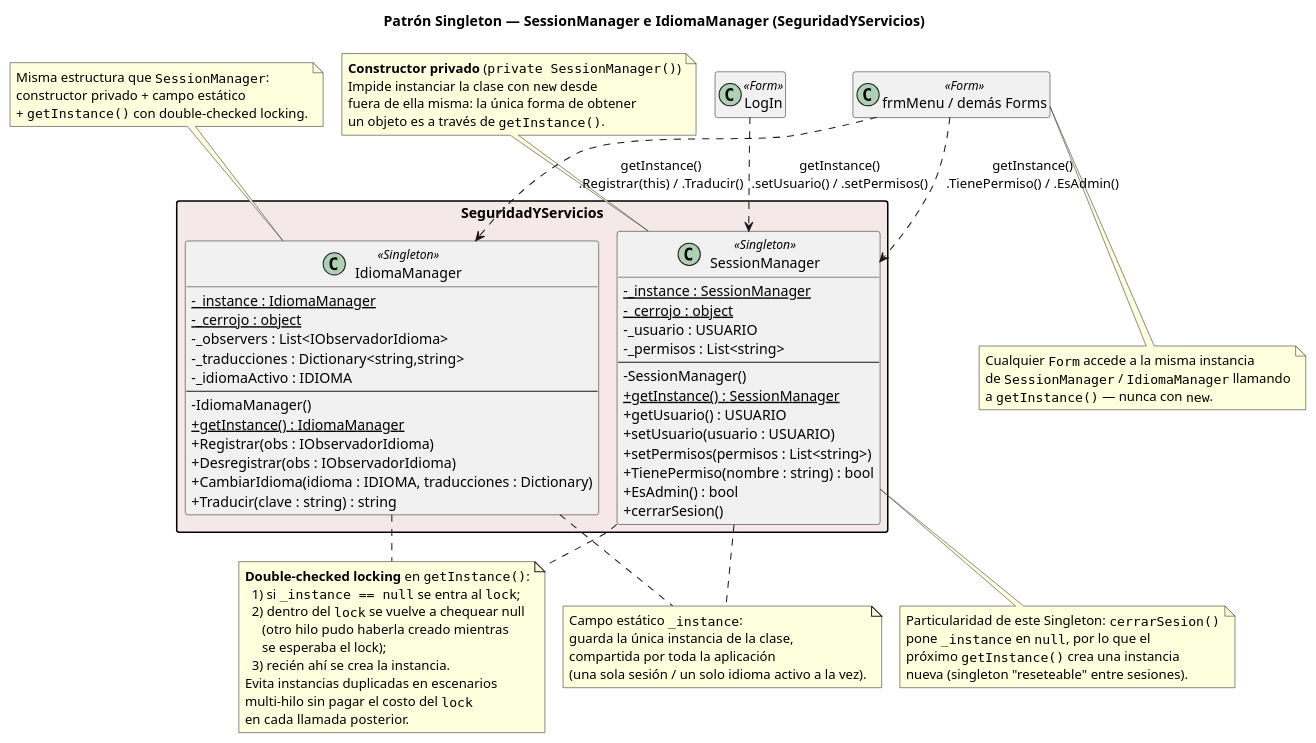
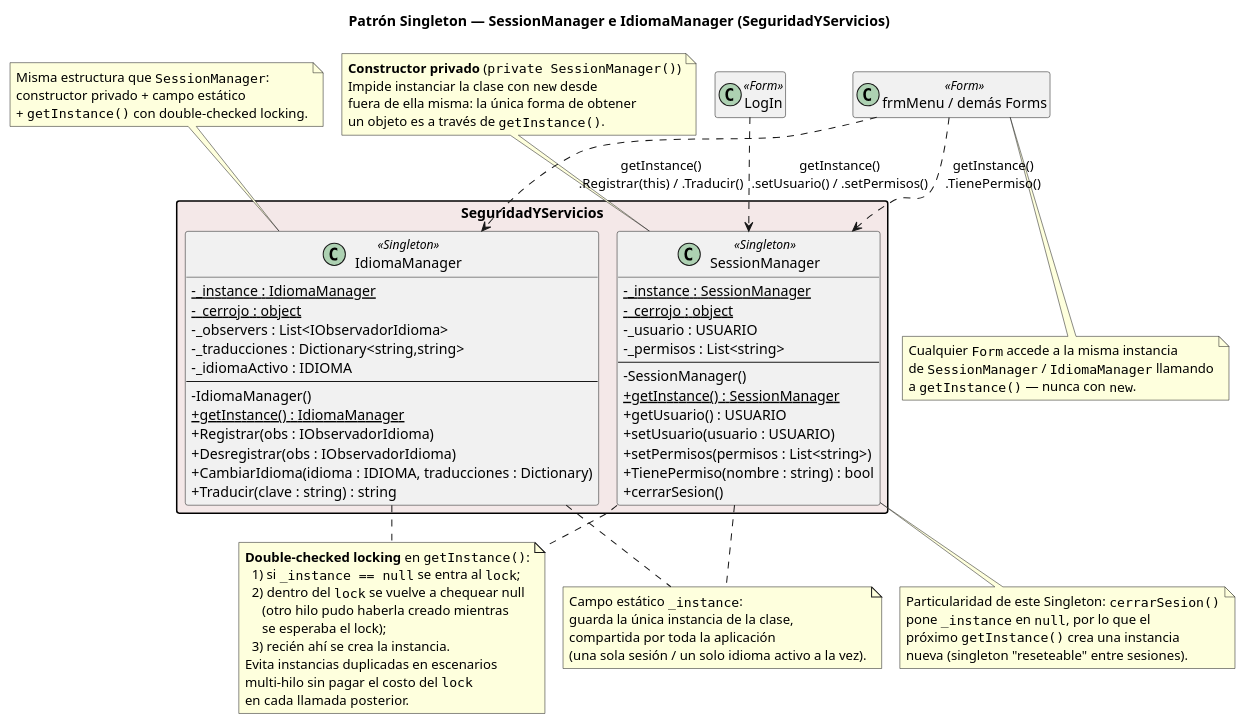
Before and after one commit to Urrels/ingenieria_software: the diagram in DIAGRAMAS/DiagramaClases_Singleton.puml, drawn with PlantUML. The commit also changed 57 other files, not shown here.

```diff
--- a/DIAGRAMAS/DiagramaClases_Singleton.puml
+++ b/DIAGRAMAS/DiagramaClases_Singleton.puml
@@ -1,108 +1,107 @@
 @startuml DiagramaClases_Singleton
 
 !pragma layout smetana
 skinparam classAttributeIconSize 0
 skinparam packageStyle rectangle
 hide empty members
 
 title Patrón Singleton — SessionManager e IdiomaManager (SeguridadYServicios)
 
 package "SeguridadYServicios" #F4E8E8 {
 
   class SessionManager <<Singleton>> {
     - {static} _instance : SessionManager
     - {static} _cerrojo : object
     - _usuario : USUARIO
     - _permisos : List<string>
     --
     - SessionManager()
     + {static} getInstance() : SessionManager
     + getUsuario() : USUARIO
     + setUsuario(usuario : USUARIO)
     + setPermisos(permisos : List<string>)
     + TienePermiso(nombre : string) : bool
-    + EsAdmin() : bool
     + cerrarSesion()
   }
 
   class IdiomaManager <<Singleton>> {
     - {static} _instance : IdiomaManager
     - {static} _cerrojo : object
     - _observers : List<IObservadorIdioma>
     - _traducciones : Dictionary<string,string>
     - _idiomaActivo : IDIOMA
     --
     - IdiomaManager()
     + {static} getInstance() : IdiomaManager
     + Registrar(obs : IObservadorIdioma)
     + Desregistrar(obs : IObservadorIdioma)
     + CambiarIdioma(idioma : IDIOMA, traducciones : Dictionary)
     + Traducir(clave : string) : string
   }
 }
 
 ' ─────────────────────────────────────────
 ' Comentarios sobre la implementación del patrón
 ' ─────────────────────────────────────────
 
 note top of SessionManager
   **Constructor privado** (""private SessionManager()"")
   Impide instanciar la clase con ""new"" desde
   fuera de ella misma: la única forma de obtener
   un objeto es a través de ""getInstance()"".
 end note
 
 note top of IdiomaManager
   Misma estructura que ""SessionManager"":
   constructor privado + campo estático
   + ""getInstance()"" con double-checked locking.
 end note
 
 note as N_instance
   Campo estático ""_instance"":
   guarda la única instancia de la clase,
   compartida por toda la aplicación
   (una sola sesión / un solo idioma activo a la vez).
 end note
 SessionManager .. N_instance
 IdiomaManager .. N_instance
 
 note as N_dcl
   **Double-checked locking** en ""getInstance()"":
     1) si ""_instance == null"" se entra al ""lock"";
     2) dentro del ""lock"" se vuelve a chequear null
        (otro hilo pudo haberla creado mientras
        se esperaba el lock);
     3) recién ahí se crea la instancia.
   Evita instancias duplicadas en escenarios
   multi-hilo sin pagar el costo del ""lock""
   en cada llamada posterior.
 end note
 SessionManager .. N_dcl
 IdiomaManager .. N_dcl
 
 note bottom of SessionManager
   Particularidad de este Singleton: ""cerrarSesion()""
   pone ""_instance"" en ""null"", por lo que el
   próximo ""getInstance()"" crea una instancia
   nueva (singleton "reseteable" entre sesiones).
 end note
 
 ' ─────────────────────────────────────────
 ' Clientes (uso del singleton)
 ' ─────────────────────────────────────────
 
 class "LogIn" as LogIn <<Form>>
 class "frmMenu / demás Forms" as OtrosForms <<Form>>
 
 LogIn ..> SessionManager : getInstance()\n.setUsuario() / .setPermisos()
-OtrosForms ..> SessionManager : getInstance()\n.TienePermiso() / .EsAdmin()
+OtrosForms ..> SessionManager : getInstance()\n.TienePermiso()
 OtrosForms ..> IdiomaManager : getInstance()\n.Registrar(this) / .Traducir()
 
 note bottom of OtrosForms
   Cualquier ""Form"" accede a la misma instancia
   de ""SessionManager"" / ""IdiomaManager"" llamando
   a ""getInstance()"" — nunca con ""new"".
 end note
 
 @enduml
```
